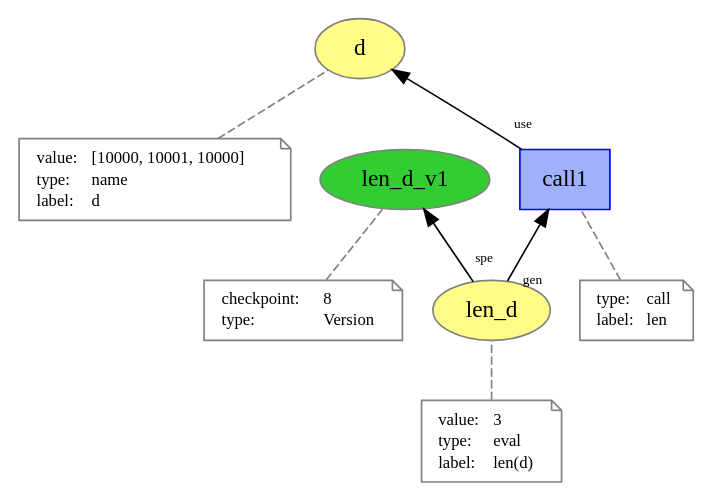
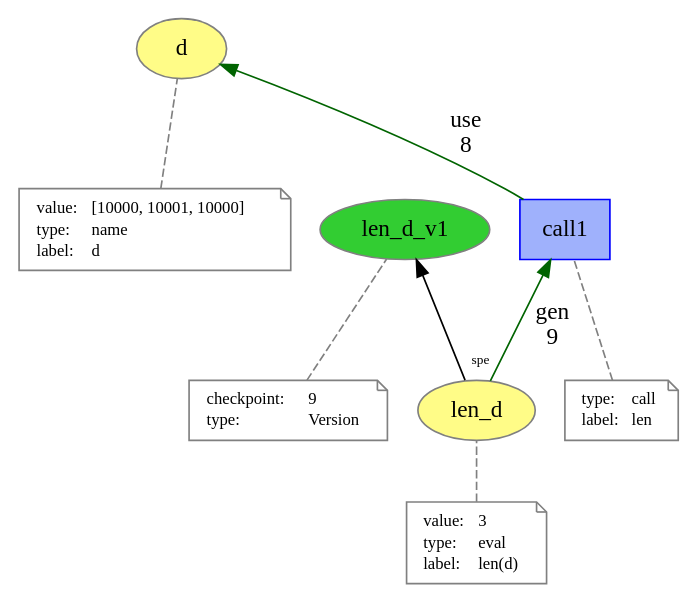
The diagram in generated/intertwined_prov/call.dot (dew-uff/versioned-prov), drawn with Graphviz before and after one commit. The commit also changed 327 other files, not shown here.

```diff
--- a/generated/intertwined_prov/call.dot
+++ b/generated/intertwined_prov/call.dot
@@ -1,61 +1,63 @@
 digraph "PROV" { size="16,12"; rankdir="BT";
 "http://example.org/d" [fillcolor="#FFFC87",color="#808080",style="filled",label="d",URL="http://example.org/d"]
 "-attrs0" [color="gray",shape="note",fontsize="10",fontcolor="black",label=<<TABLE cellpadding="0" border="0">
 	<TR>
 	    <TD align="left">value:</TD>
 	    <TD align="left">[10000, 10001, 10000]</TD>
 	</TR>
 	<TR>
 	    <TD align="left">type:</TD>
 	    <TD align="left">name</TD>
 	</TR>
 	<TR>
 	    <TD align="left">label:</TD>
 	    <TD align="left">d</TD>
 	</TR>
 </TABLE>>]
 "-attrs0" -> "http://example.org/d" [color="gray",style="dashed",arrowhead="none"]
 "http://example.org/len_d" [fillcolor="#FFFC87",color="#808080",style="filled",label="len_d",URL="http://example.org/len_d"]
 "-attrs1" [color="gray",shape="note",fontsize="10",fontcolor="black",label=<<TABLE cellpadding="0" border="0">
 	<TR>
 	    <TD align="left">value:</TD>
 	    <TD align="left">3</TD>
 	</TR>
 	<TR>
 	    <TD align="left">type:</TD>
 	    <TD align="left">eval</TD>
 	</TR>
 	<TR>
 	    <TD align="left">label:</TD>
 	    <TD align="left">len(d)</TD>
 	</TR>
 </TABLE>>]
 "-attrs1" -> "http://example.org/len_d" [color="gray",style="dashed",arrowhead="none"]
 "http://example.org/len_d_v1" [fillcolor="#32CD32",color="#808080",style="filled",label="len_d_v1",URL="http://example.org/len_d_v1"]
 "-attrs2" [color="gray",shape="note",fontsize="10",fontcolor="black",label=<<TABLE cellpadding="0" border="0">
 	<TR>
 	    <TD align="left">checkpoint:</TD>
-	    <TD align="left">8</TD>
+	    <TD align="left">9</TD>
 	</TR>
 	<TR>
 	    <TD align="left">type:</TD>
 	    <TD align="left">Version</TD>
 	</TR>
 </TABLE>>]
 "-attrs2" -> "http://example.org/len_d_v1" [color="gray",style="dashed",arrowhead="none"]
 "http://example.org/len_d" -> "http://example.org/len_d_v1" [labelfontsize="8",labeldistance="1.5",labelangle="60.0",rotation="20",taillabel="spe"]
 "http://example.org/call1" [fillcolor="#9FB1FC",color="#0000FF",shape="polygon",sides="4",style="filled",label="call1",URL="http://example.org/call1"]
 "-attrs3" [color="gray",shape="note",fontsize="10",fontcolor="black",label=<<TABLE cellpadding="0" border="0">
 	<TR>
 	    <TD align="left">type:</TD>
 	    <TD align="left">call</TD>
 	</TR>
 	<TR>
 	    <TD align="left">label:</TD>
 	    <TD align="left">len</TD>
 	</TR>
 </TABLE>>]
 "-attrs3" -> "http://example.org/call1" [color="gray",style="dashed",arrowhead="none"]
-"http://example.org/call1" -> "http://example.org/d" [labelfontsize="8",labeldistance="1.5",labelangle="60.0",rotation="20",taillabel="use"]
-"http://example.org/len_d" -> "http://example.org/call1" [labelfontsize="8",labeldistance="1.5",labelangle="60.0",rotation="20",taillabel="gen"]
+"http://example.org/call1" -> "http://example.org/d" [labelfontsize="8",labeldistance="1.5",color="darkgreen",labelangle="60.0",rotation="20",label="use
+8"]
+"http://example.org/len_d" -> "http://example.org/call1" [labelfontsize="8",labeldistance="1.5",color="darkgreen",labelangle="60.0",rotation="20",label="gen
+9"]
 }
```
